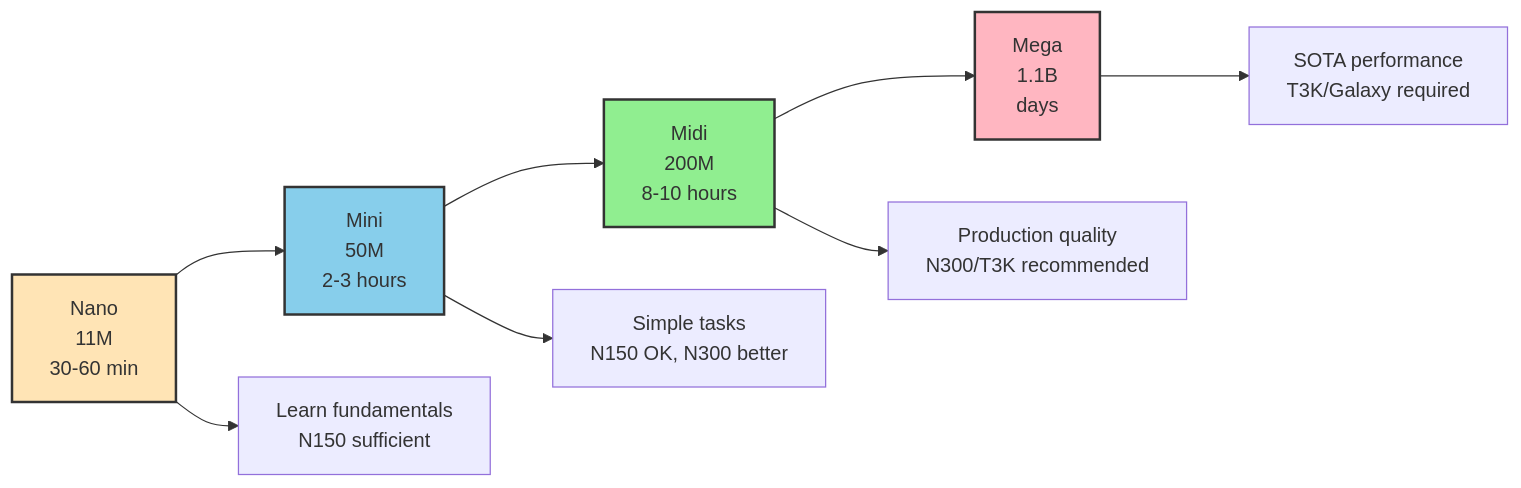
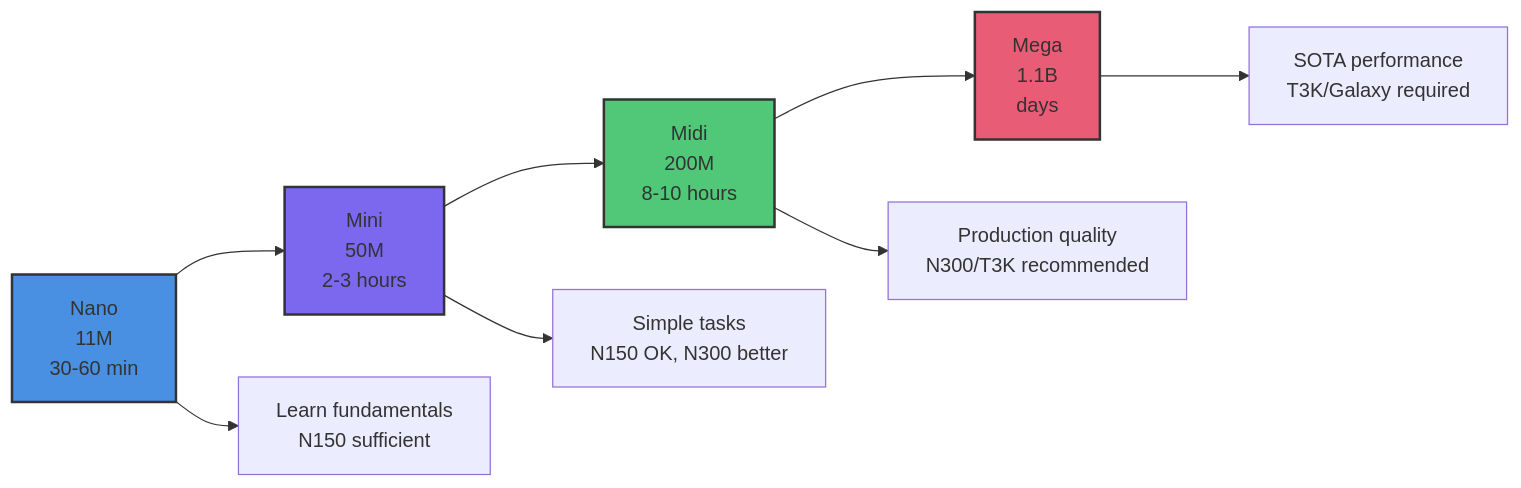
Before and after one commit to tenstorrent/tt-vscode-toolkit: the tenth of 10 diagrams in content/lessons/ct8-training-from-scratch.md, drawn with Mermaid. The commit also changed other lines of this file and 9 other files, not shown here.

````diff
--- a/content/lessons/ct8-training-from-scratch.md
+++ b/content/lessons/ct8-training-from-scratch.md
@@ -823,16 +823,16 @@
 ```mermaid
 graph LR
     A[Nano<br/>11M<br/>30-60 min] --> B[Mini<br/>50M<br/>2-3 hours]
     B --> C[Midi<br/>200M<br/>8-10 hours]
     C --> D[Mega<br/>1.1B<br/>days]
 
     A --> E[Learn fundamentals<br/>N150 sufficient]
     B --> F[Simple tasks<br/>N150 OK, N300 better]
     C --> G[Production quality<br/>N300/T3K recommended]
     D --> H[SOTA performance<br/>T3K/Galaxy required]
 
-    style A fill:#FFE4B5,stroke:#333,stroke-width:2px
-    style B fill:#87CEEB,stroke:#333,stroke-width:2px
-    style C fill:#90EE90,stroke:#333,stroke-width:2px
-    style D fill:#FFB6C1,stroke:#333,stroke-width:2px
+    style A fill:#4A90E2,stroke:#333,stroke-width:2px
+    style B fill:#7B68EE,stroke:#333,stroke-width:2px
+    style C fill:#50C878,stroke:#333,stroke-width:2px
+    style D fill:#E85D75,stroke:#333,stroke-width:2px
 ```
````
